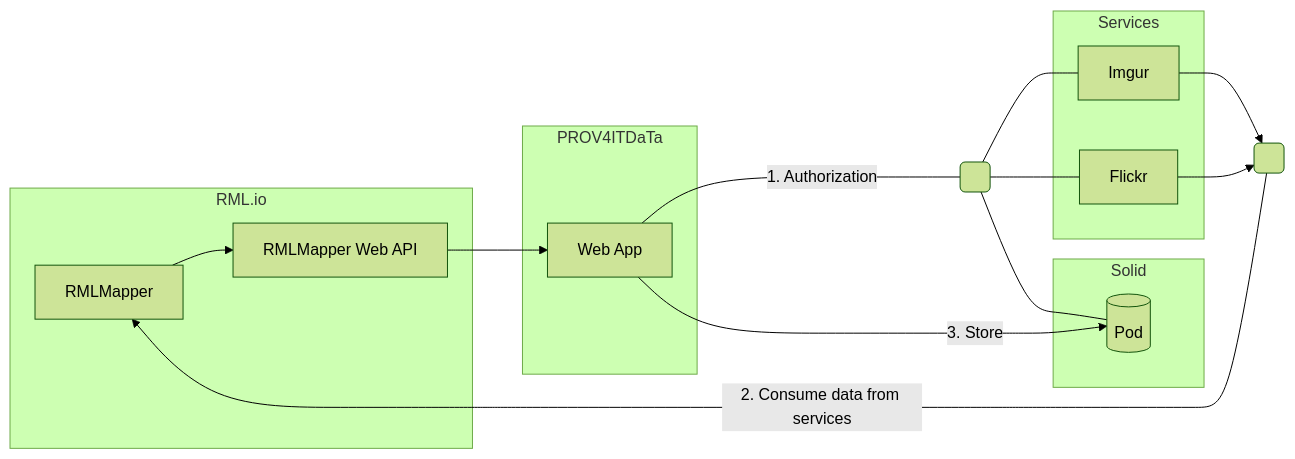
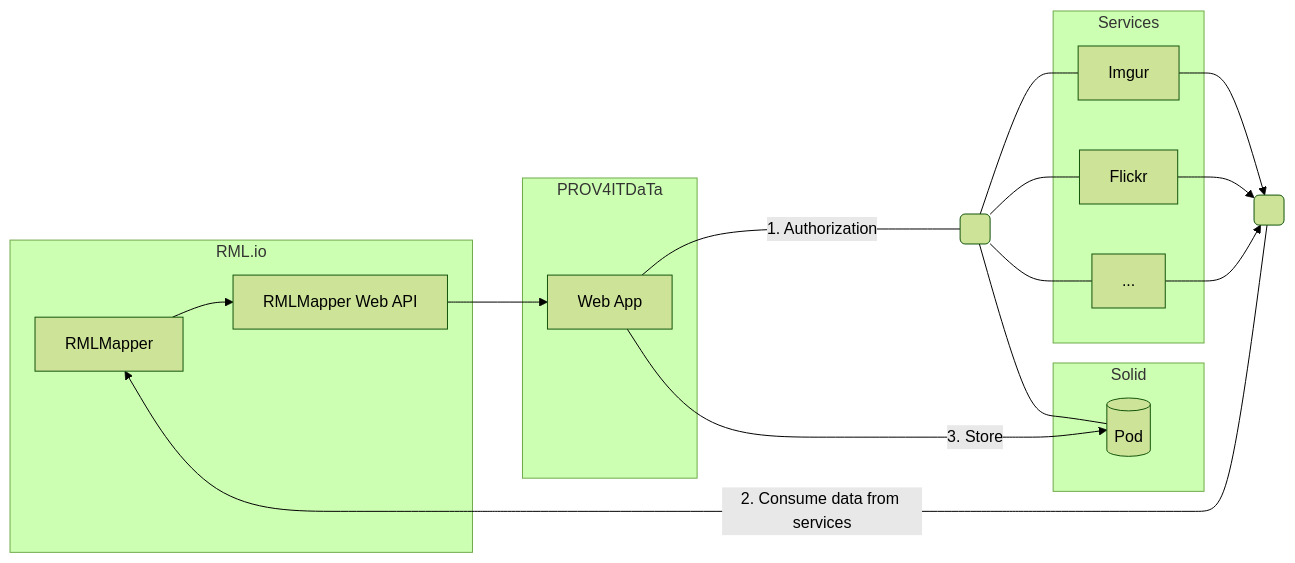
Before and after one commit to RMLio/prov4itdata-web-app: the diagram in docs/REPORT.md, drawn with Mermaid (forest theme). The commit also changed other lines of this file and 1 other file, not shown here.

````diff
--- a/docs/REPORT.md
+++ b/docs/REPORT.md
@@ -90,42 +86,46 @@
 ```mermaid
 graph LR
   linkStyle default interpolate basis
 
 
     RM[RMLMapper]
     RMW[RMLMapper Web API]
     IMGUR[Imgur]
     FLICKR[Flickr]
+    OTHER[...]
     SP[(Pod)]
     WA[Web App]
 
     subgraph  sgServices [Services]
       IMGUR
       FLICKR
+      OTHER
     end
     subgraph sgRML [RML.io]
       RM
       RMW
     end
     subgraph sgSolid [Solid]
       SP
     end
 
     subgraph PROV4ITDaTa
       WA
     end
 
     RM --> RMW
     RMW --> WA
   
     WA ---|1. Authorization| x( )
-    x  --- IMGUR
+    x --- IMGUR
     x --- FLICKR
+    x --- OTHER
     x --- SP
 
     y( ) -->|2. Consume data from services| RM;
     IMGUR --> y;
-    FLICKR  -->  y;
+    FLICKR --> y;
+    OTHER --> y;
 
     WA -->|3. Store| SP
 ```
````
